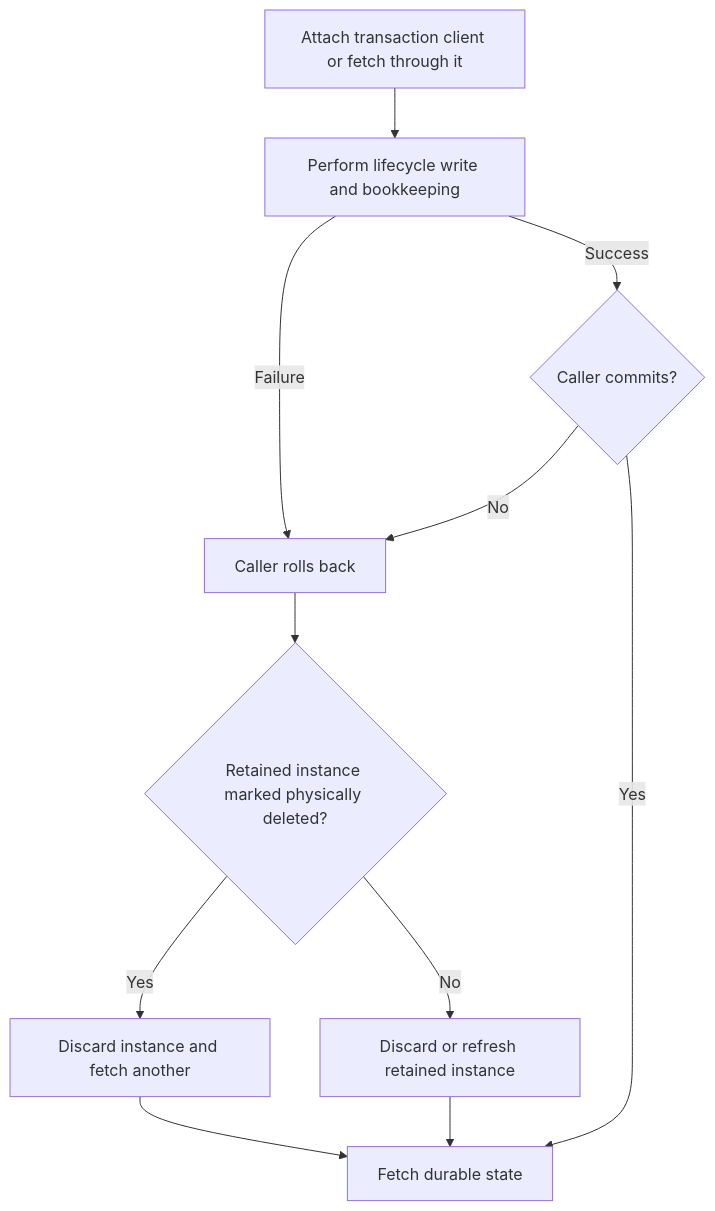
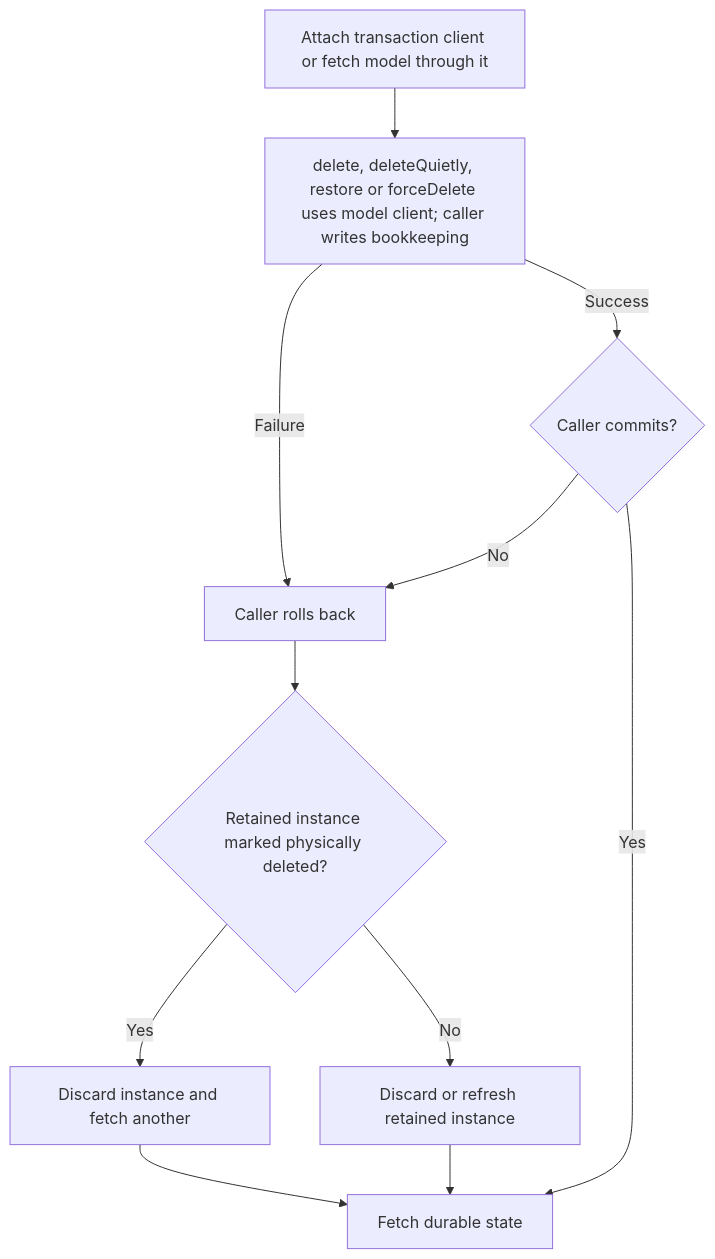
One commit to Kevinjohn/oss-adonisjs-lucid-soft-delete changed the second of 2 diagrams in user-stories/integration/us-app-11-transaction.md. Above: the diagram before and after it, drawn with Mermaid. The commit also changed 18 other files, not shown here.

````diff
--- a/user-stories/integration/us-app-11-transaction.md
+++ b/user-stories/integration/us-app-11-transaction.md
@@ -28,11 +28,11 @@
 ```mermaid
 flowchart TD
-    A["Attach transaction client or fetch through it"] --> B["Perform lifecycle write and bookkeeping"]
+    A["Attach transaction client or fetch model through it"] --> B["delete, deleteQuietly, restore or forceDelete uses model client; caller writes bookkeeping"]
     B -->|Failure| E["Caller rolls back"]
     B -->|Success| C{"Caller commits?"}
     C -->|No| E
     C -->|Yes| D["Fetch durable state"]
     E --> F{"Retained instance marked physically deleted?"}
     F -->|Yes| G["Discard instance and fetch another"] --> D
     F -->|No| H["Discard or refresh retained instance"] --> D
 ```
````
